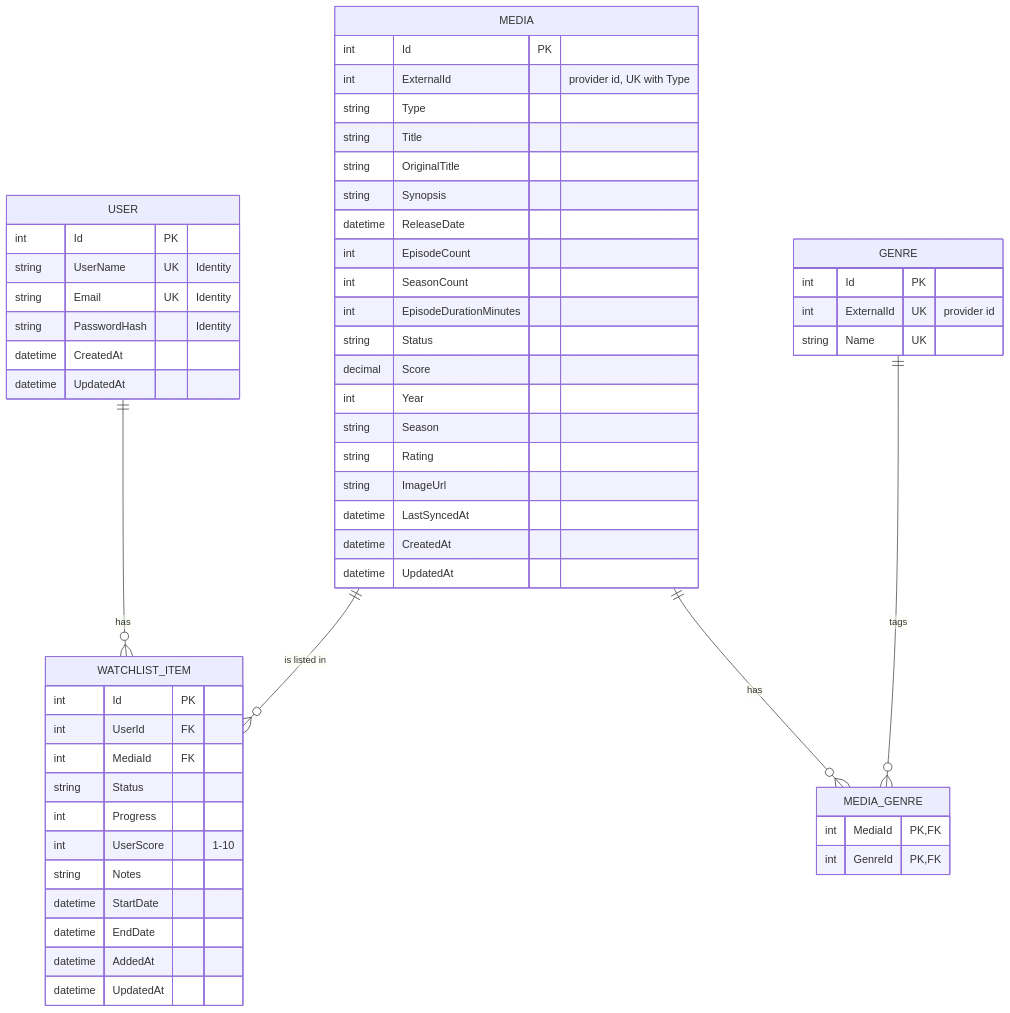
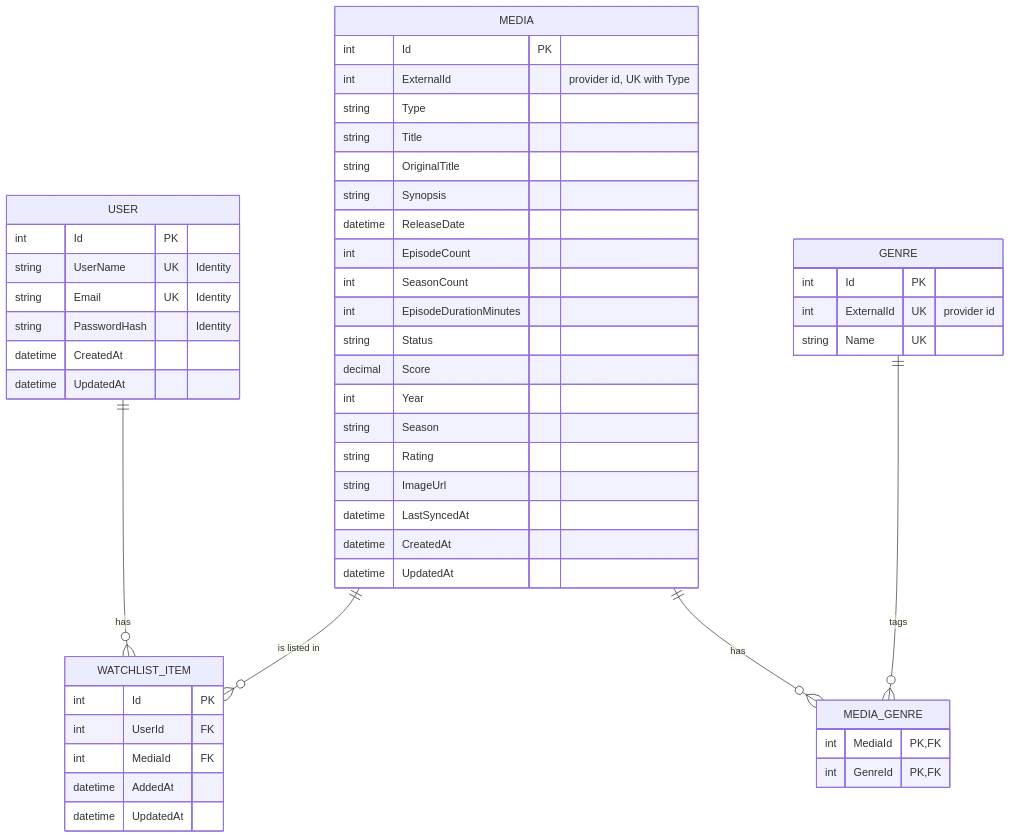
The diagram in docs/DATA_MODEL.md (AlexandreFournier1/WhatchaWatching), drawn with Mermaid before and after one commit. The commit also changed other lines of this file and 93 other files, not shown here.

````diff
--- a/docs/DATA_MODEL.md
+++ b/docs/DATA_MODEL.md
@@ -9,59 +9,53 @@
 ```mermaid
 erDiagram
     USER ||--o{ WATCHLIST_ITEM : has
     MEDIA ||--o{ WATCHLIST_ITEM : "is listed in"
     MEDIA ||--o{ MEDIA_GENRE : has
     GENRE ||--o{ MEDIA_GENRE : "tags"
 
     USER {
         int Id PK
         string UserName UK "Identity"
         string Email UK "Identity"
         string PasswordHash "Identity"
         datetime CreatedAt
         datetime UpdatedAt
     }
     MEDIA {
         int Id PK
         int ExternalId "provider id, UK with Type"
         string Type
         string Title
         string OriginalTitle
         string Synopsis
         datetime ReleaseDate
         int EpisodeCount
         int SeasonCount
         int EpisodeDurationMinutes
         string Status
         decimal Score
         int Year
         string Season
         string Rating
         string ImageUrl
         datetime LastSyncedAt
         datetime CreatedAt
         datetime UpdatedAt
     }
     GENRE {
         int Id PK
         int ExternalId UK "provider id"
         string Name UK
     }
     MEDIA_GENRE {
         int MediaId PK, FK
         int GenreId PK, FK
     }
     WATCHLIST_ITEM {
         int Id PK
         int UserId FK
         int MediaId FK
-        string Status
-        int Progress
-        int UserScore "1-10"
-        string Notes
-        datetime StartDate
-        datetime EndDate
         datetime AddedAt
         datetime UpdatedAt
     }
 ```
````
